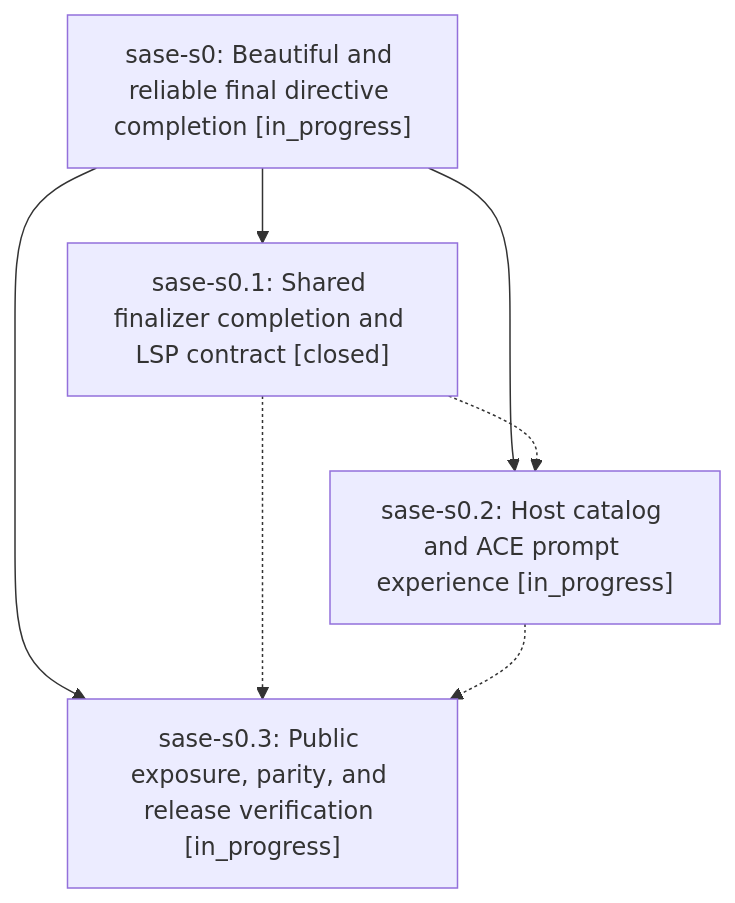
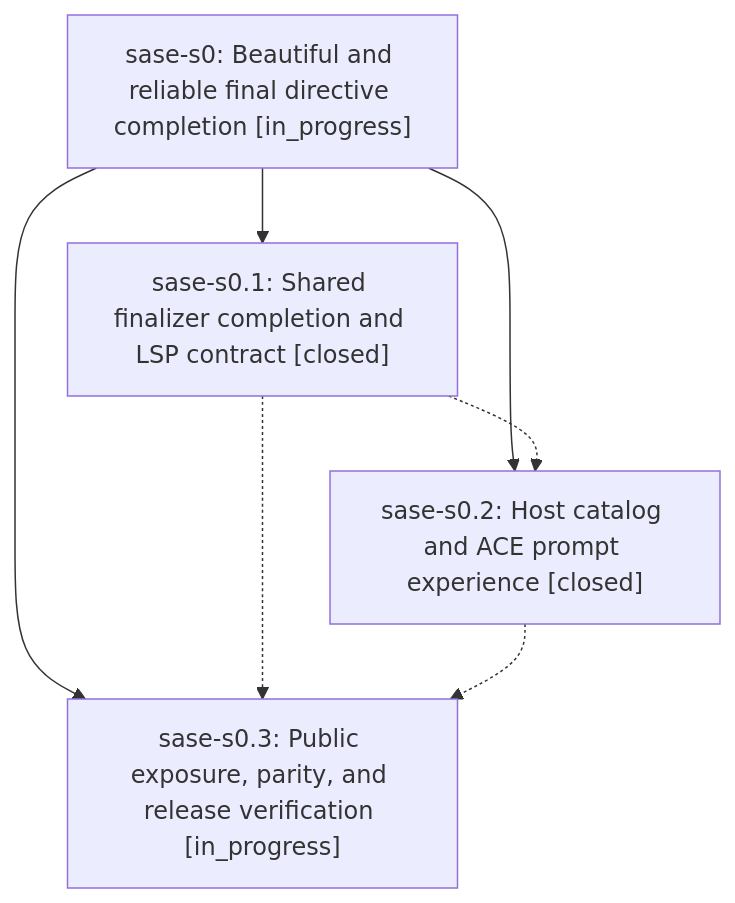
Before and after one commit to sase-org/sase--beads: the diagram in pages/sase-s0/README.md, drawn with Mermaid. The commit also changed other lines of this file and 3 other files, not shown here.

````diff
--- a/pages/sase-s0/README.md
+++ b/pages/sase-s0/README.md
@@ -24,13 +24,13 @@
 ```mermaid
 flowchart TD
     n0["sase-s0: Beautiful and reliable final directive completion [in_progress]"]
     n1["sase-s0.1: Shared finalizer completion and LSP contract [closed]"]
-    n2["sase-s0.2: Host catalog and ACE prompt experience [in_progress]"]
+    n2["sase-s0.2: Host catalog and ACE prompt experience [closed]"]
     n3["sase-s0.3: Public exposure, parity, and release verification [in_progress]"]
     n0 --> n1
     n0 --> n2
     n0 --> n3
     n1 -.-> n2
     n1 -.-> n3
     n2 -.-> n3
 ```
````
